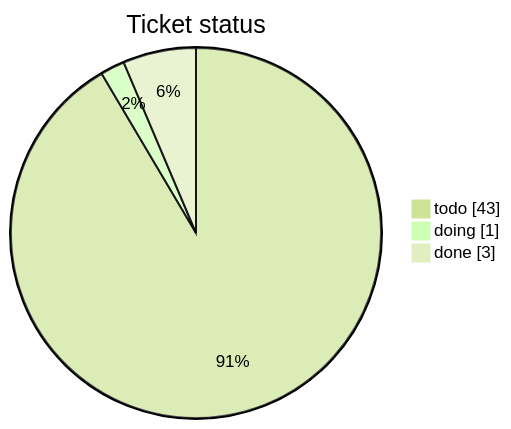
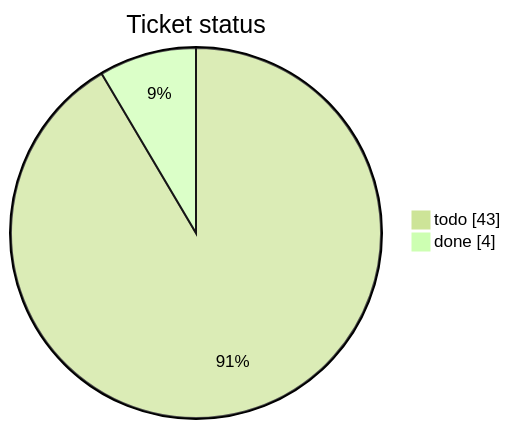
Before and after one commit to mohamed-soubhi/bootlab-esp: the first of 3 diagrams in tickets/TICKETS.md, drawn with Mermaid (forest theme). The commit also changed other lines of this file and 3 other files, not shown here.

````diff
--- a/tickets/TICKETS.md
+++ b/tickets/TICKETS.md
@@ -10,6 +10,5 @@
 ```mermaid
 pie showData title Ticket status
     "todo" : 43
-    "doing" : 1
-    "done" : 3
+    "done" : 4
 ```
````
